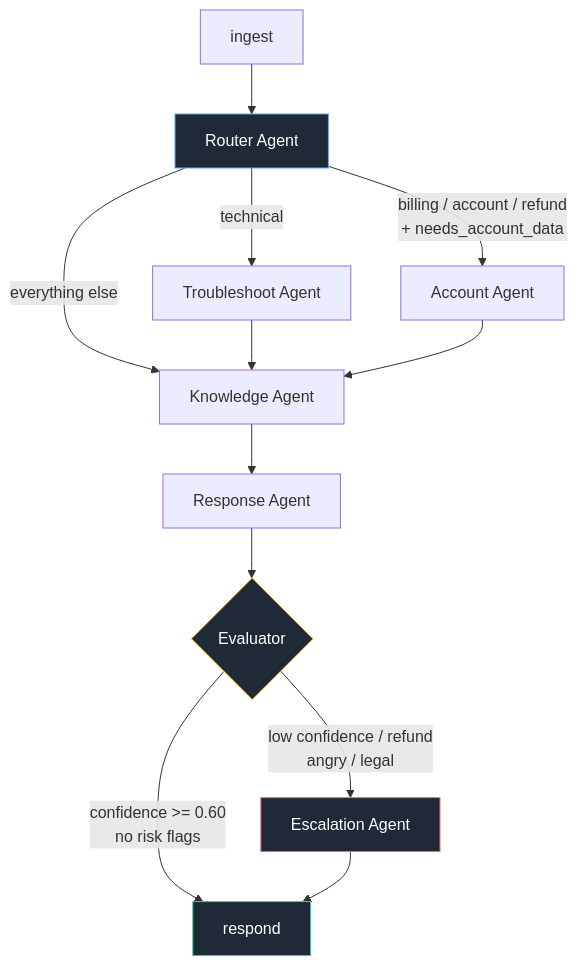
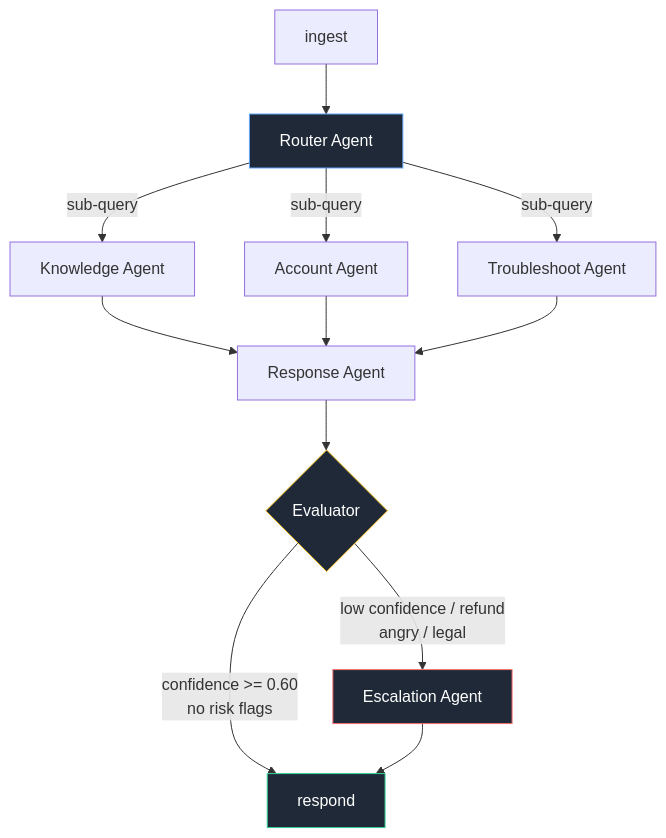
One commit to RajkumarDake/support-agents changed the diagram in README.md. Above: the diagram before and after it, drawn with Mermaid. The commit also changed other lines of this file, not shown here.

Commit message:
readme: fan-out graph and per-agent layout

````diff
--- a/README.md
+++ b/README.md
@@ -19,23 +20,22 @@
 ```mermaid
 flowchart TD
     A[ingest] --> B[Router Agent]
 
-    B -->|technical| C[Troubleshoot Agent]
-    B -->|billing / account / refund<br/>+ needs_account_data| D[Account Agent]
-    B -->|everything else| E[Knowledge Agent]
+    B -->|sub-query| C[Knowledge Agent]
+    B -->|sub-query| D[Account Agent]
+    B -->|sub-query| E[Troubleshoot Agent]
 
-    C --> E
-    D --> E
+    C --> F[Response Agent]
+    D --> F
+    E --> F
 
-    E --> F[Response Agent]
     F --> G{Evaluator}
-
     G -->|confidence >= 0.60<br/>no risk flags| H[respond]
     G -->|low confidence / refund<br/>angry / legal| I[Escalation Agent]
     I --> H
 
     style B fill:#1f2937,stroke:#60a5fa,color:#fff
     style G fill:#1f2937,stroke:#fbbf24,color:#fff
     style I fill:#1f2937,stroke:#f87171,color:#fff
     style H fill:#1f2937,stroke:#34d399,color:#fff
 ```
````
